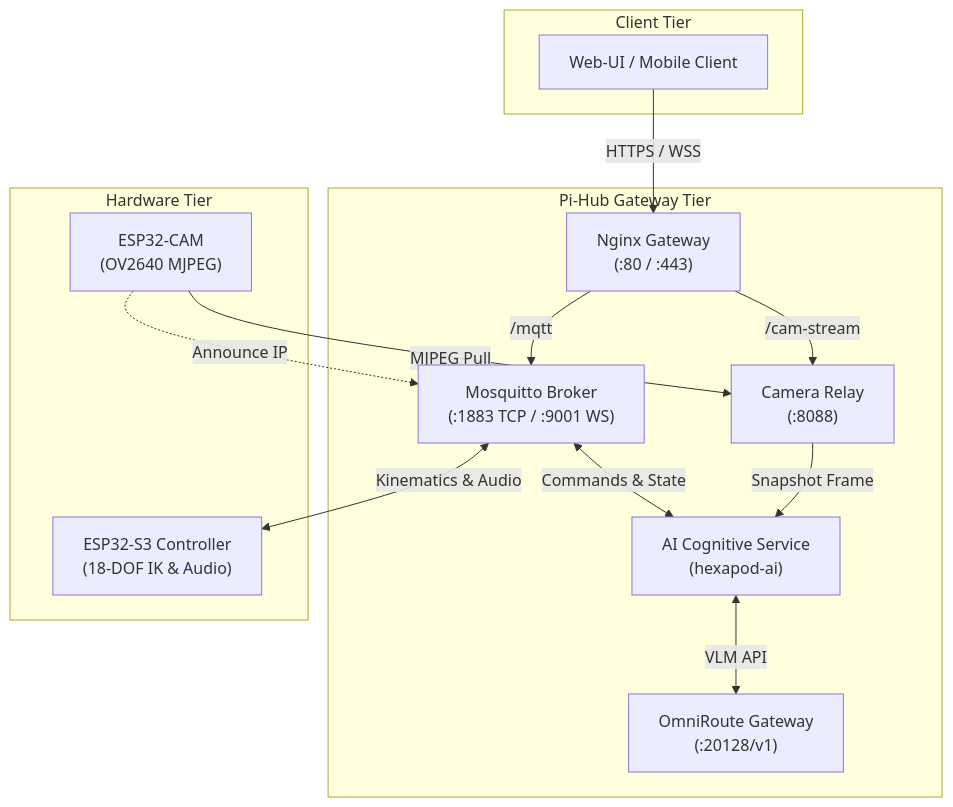
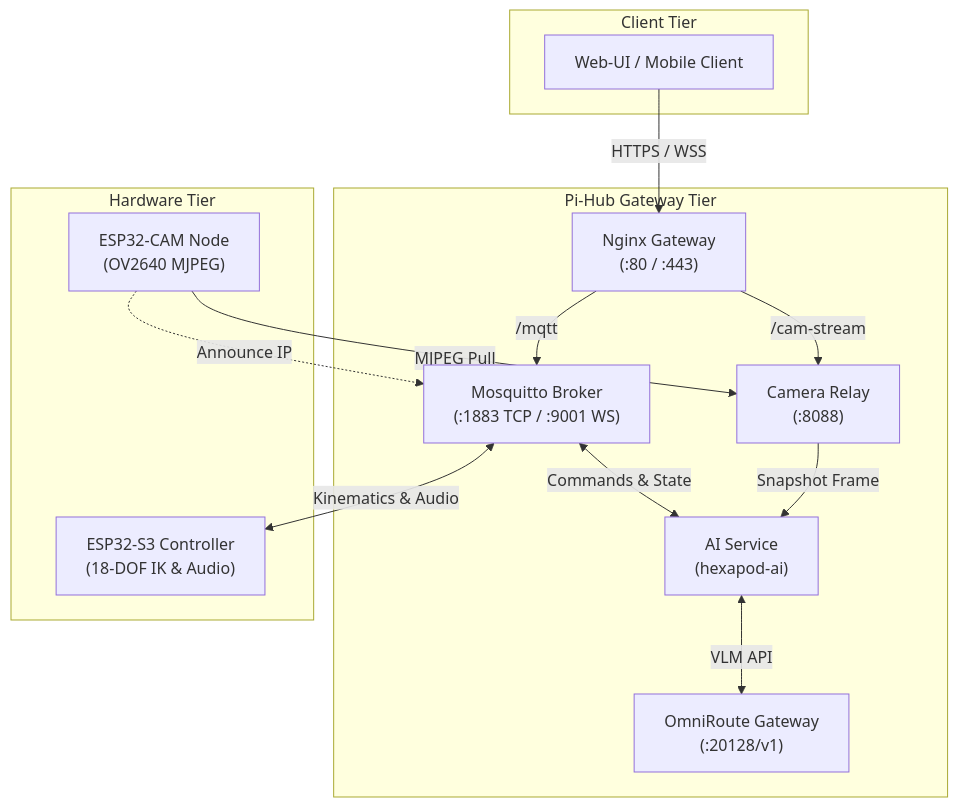
The first of 3 diagrams in README.md (GrrGrrMan/spiderbot-pi-hub), drawn with Mermaid before and after one commit. The commit also changed other lines of this file, not shown here.

````diff
--- a/README.md
+++ b/README.md
@@ -36,31 +36,31 @@
 ```mermaid
 flowchart TD
-    subgraph Layer1 ["Client Tier"]
+    subgraph ClientTier ["Client Tier"]
         UI["Web-UI / Mobile Client"]
     end
 
-    subgraph Layer2 ["Pi-Hub Gateway Tier"]
+    subgraph GatewayTier ["Pi-Hub Gateway Tier"]
         NGINX["Nginx Gateway<br/>(:80 / :443)"]
         MQTT["Mosquitto Broker<br/>(:1883 TCP / :9001 WS)"]
-        CAM["Camera Relay<br/>(:8088)"]
-        AI["AI Cognitive Service<br/>(hexapod-ai)"]
+        CAM_RELAY["Camera Relay<br/>(:8088)"]
+        AI["AI Service<br/>(hexapod-ai)"]
         OMNI["OmniRoute Gateway<br/>(:20128/v1)"]
     end
 
-    subgraph Layer3 ["Hardware Tier"]
+    subgraph HardwareTier ["Hardware Tier"]
         S3["ESP32-S3 Controller<br/>(18-DOF IK & Audio)"]
-        CAM_HW["ESP32-CAM<br/>(OV2640 MJPEG)"]
+        CAM_HW["ESP32-CAM Node<br/>(OV2640 MJPEG)"]
     end
 
     UI -->|HTTPS / WSS| NGINX
     NGINX -->|/mqtt| MQTT
-    NGINX -->|/cam-stream| CAM
+    NGINX -->|/cam-stream| CAM_RELAY
 
     MQTT <-->|Commands & State| AI
     MQTT <-->|Kinematics & Audio| S3
     CAM_HW -.->|Announce IP| MQTT
 
     AI <-->|VLM API| OMNI
-    CAM -->|Snapshot Frame| AI
-    CAM_HW -->|MJPEG Pull| CAM
+    CAM_RELAY -->|Snapshot Frame| AI
+    CAM_HW -->|MJPEG Pull| CAM_RELAY
 ```
````
